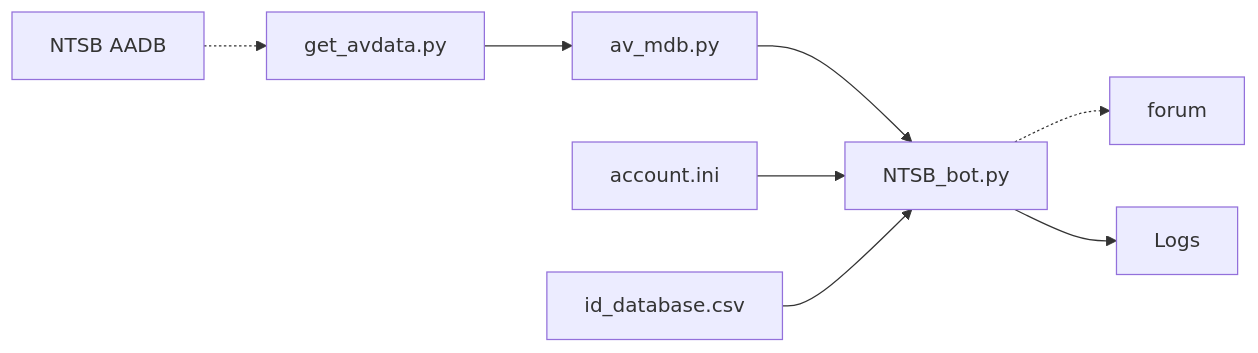
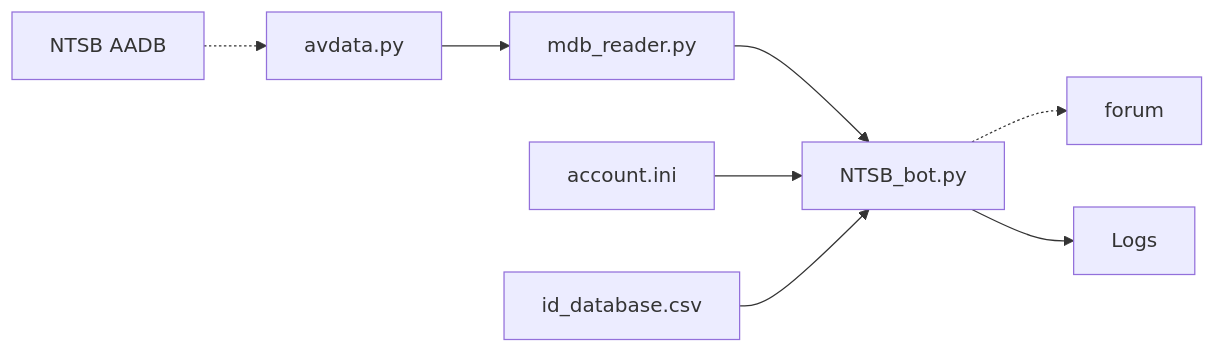
Before and after one commit to ZX-80/NTSB-Bot: the diagram in README.md, drawn with Mermaid. The commit also changed other lines of this file, not shown here.

````diff
--- a/README.md
+++ b/README.md
@@ -29,6 +29,6 @@
 ```mermaid
 graph LR;
-    0["NTSB AADB"] -.-> 1["get_avdata.py"] --> 2["av_mdb.py"] --> 3["NTSB_bot.py"] -.-> 6["forum"]
+    0["NTSB AADB"] -.-> 1["avdata.py"] --> 2["mdb_reader.py"] --> 3["NTSB_bot.py"] -.-> 6["forum"]
     4["account.ini"]--> 3 --> 7["Logs"]
     5["id_database.csv"] --> 3
 ```
````
